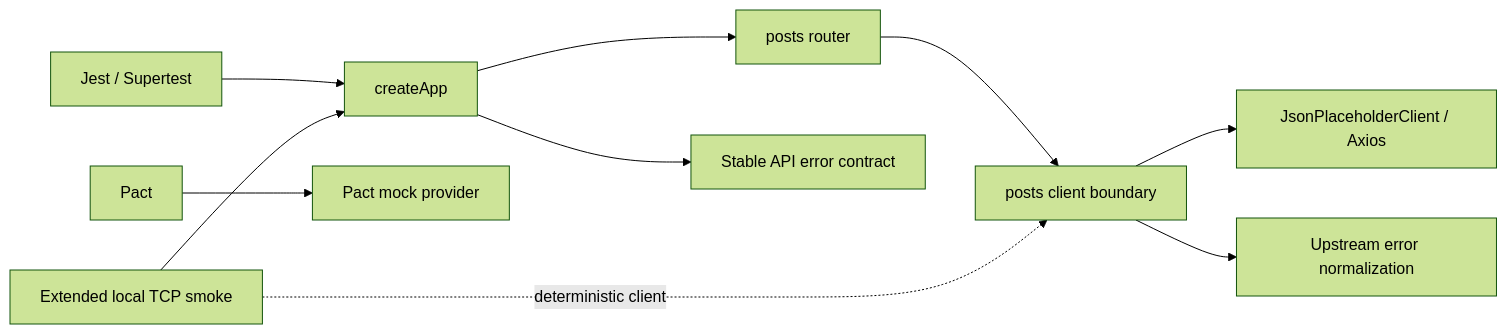
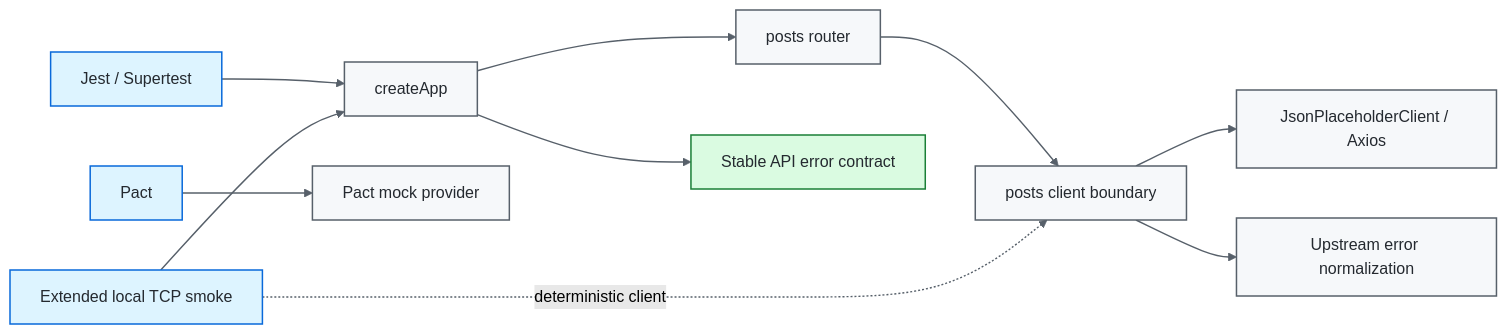
The first of 3 diagrams in README.md (portyu9/qa-automation-node-supertest), drawn with Mermaid (forest theme) before and after one commit. The commit also changed other lines of this file, not shown here.

Commit message:
Polish badges and Mermaid diagrams (#16)

````diff
--- a/README.md
+++ b/README.md
@@ -36,12 +34,20 @@
 ```mermaid
 flowchart LR
     TEST[Jest / Supertest] --> APP[createApp]
     APP --> ROUTE[posts router]
     ROUTE --> PORT[posts client boundary]
     PORT --> AXIOS[JsonPlaceholderClient / Axios]
     PORT --> ERR[Upstream error normalization]
     CONTRACT[Pact] --> PROVIDER[Pact mock provider]
     LISTENER[Extended local TCP smoke] --> APP
     LISTENER -. deterministic client .-> PORT
     APP --> ENVELOPE[Stable API error contract]
+
+    classDef entry fill:#ddf4ff,stroke:#0969da,color:#24292f,stroke-width:1.5px;
+    classDef core fill:#f6f8fa,stroke:#57606a,color:#24292f,stroke-width:1.5px;
+    classDef evidence fill:#dafbe1,stroke:#1a7f37,color:#24292f,stroke-width:1.5px;
+    class TEST,CONTRACT,LISTENER entry;
+    class APP,ROUTE,PORT,AXIOS,ERR,PROVIDER core;
+    class ENVELOPE evidence;
+    linkStyle default stroke:#57606a,stroke-width:1.4px;
 ```
````
